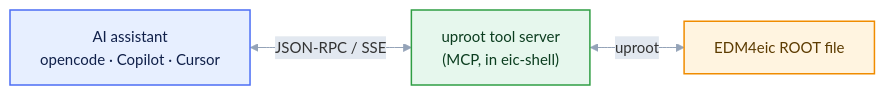
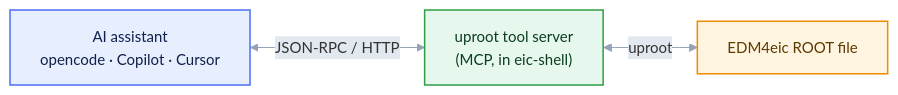
Before and after one commit to eic/tutorial-mcp: the first of 2 diagrams in episodes/03-mcp-servers.md, drawn with Mermaid. The commit also changed other lines of this file and 17 other files, not shown here.

````diff
--- a/episodes/03-mcp-servers.md
+++ b/episodes/03-mcp-servers.md
@@ -78,11 +78,11 @@
 ```mermaid
 %%{init: {'theme':'base', 'themeVariables': {'fontSize':'15px','lineColor':'#94a3b8','edgeLabelBackground':'#e2e8f0','clusterBkg':'#1f293720','clusterBorder':'#94a3b8','titleColor':'#94a3b8'}}}%%
 flowchart LR
     accTitle: {EIC MCP data tools}
     accDescr: {EIC MCP data tools}
-    A["AI assistant<br/>opencode · Copilot · Cursor"]:::core <-->|"JSON-RPC / SSE"| S["uproot tool server<br/>(MCP, in eic-shell)"]:::tool
+    A["AI assistant<br/>opencode · Copilot · Cursor"]:::core <-->|"JSON-RPC / HTTP"| S["uproot tool server<br/>(MCP, in eic-shell)"]:::tool
     S <-->|"uproot"| F["EDM4eic ROOT file"]:::data
     classDef core fill:#e7efff,stroke:#4c6ef5,stroke-width:1.5px,color:#10204a;
     classDef tool fill:#e6f7ed,stroke:#2f9e44,stroke-width:1.5px,color:#0b3d1f;
     classDef data fill:#fff4e0,stroke:#f08c00,stroke-width:1.5px,color:#5c3b00;
 ```
````
